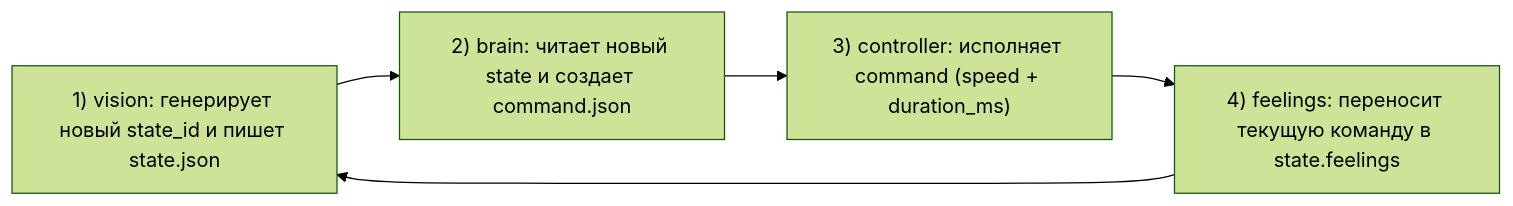
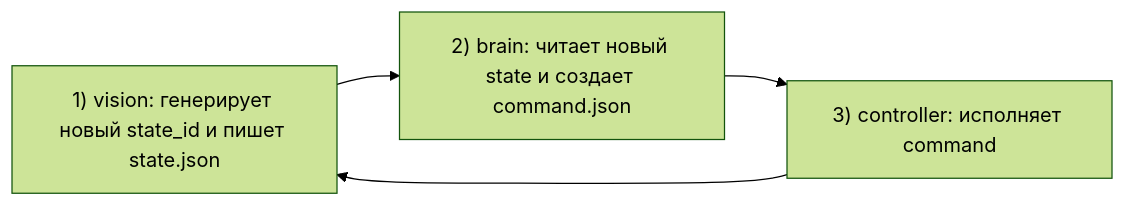
Before and after one commit to Orlinskas/RasberryPi_Projects: the third of 3 diagrams in robot_prome_v1/README.md, drawn with Mermaid (forest theme). The commit also changed other lines of this file and 6 other files, not shown here.

````diff
--- a/robot_prome_v1/README.md
+++ b/robot_prome_v1/README.md
@@ -58,9 +50,8 @@
 ```mermaid
 flowchart LR
     step1["1) vision: генерирует новый state_id и пишет state.json"]
     step2["2) brain: читает новый state и создает command.json"]
-    step3["3) controller: исполняет command (speed + duration_ms)"]
-    step4["4) feelings: переносит текущую команду в state.feelings"]
+    step3["3) controller: исполняет command"]
 
-    step1 --> step2 --> step3 --> step4 --> step1
+    step1 --> step2 --> step3 --> step1
 ```
````
